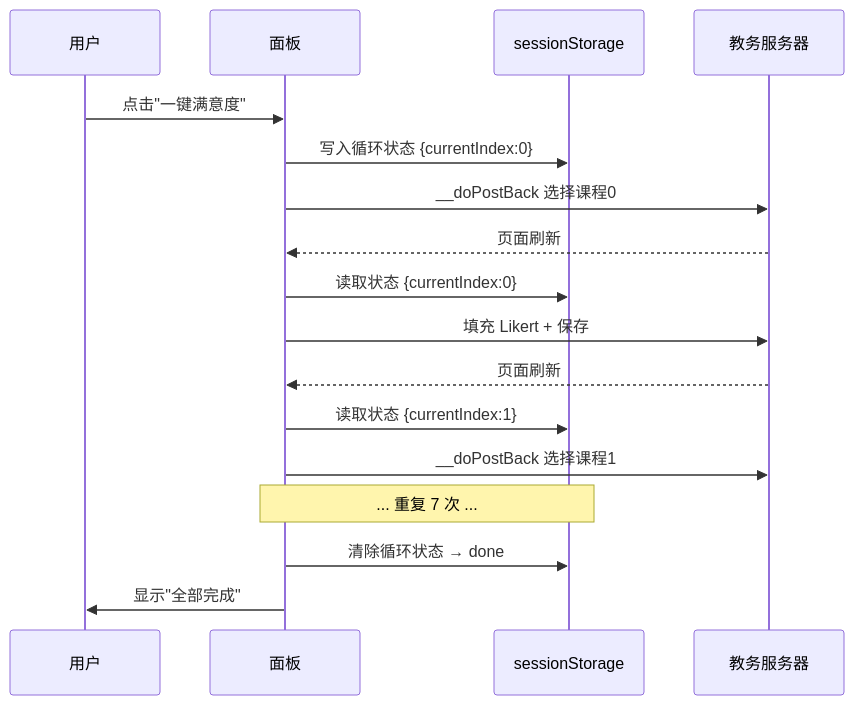
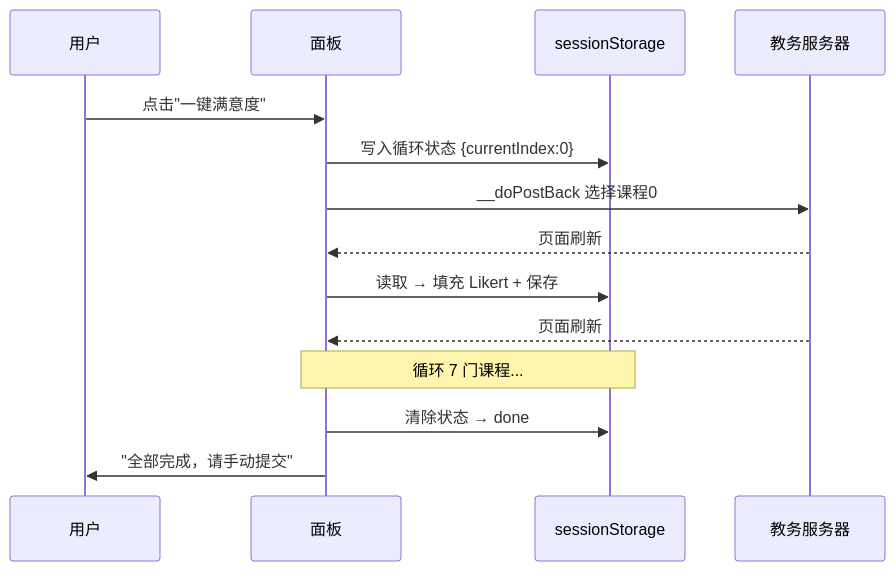
The first of 2 diagrams in README.md (hicancan/njupt-jwxt-assistant), drawn with Mermaid before and after one commit. The commit also changed other lines of this file and 15 other files, not shown here.

````diff
--- a/README.md
+++ b/README.md
@@ -95,20 +26,17 @@
 ```mermaid
 sequenceDiagram
     participant U as 用户
     participant P as 面板
     participant S as sessionStorage
     participant J as 教务服务器
 
     U->>P: 点击"一键满意度"
     P->>S: 写入循环状态 {currentIndex:0}
     P->>J: __doPostBack 选择课程0
     J-->>P: 页面刷新
-    P->>S: 读取状态 {currentIndex:0}
-    P->>J: 填充 Likert + 保存
+    P->>S: 读取 → 填充 Likert + 保存
     J-->>P: 页面刷新
-    P->>S: 读取状态 {currentIndex:1}
-    P->>J: __doPostBack 选择课程1
-    Note over P,S: ... 重复 7 次 ...
-    P->>S: 清除循环状态 → done
-    P->>U: 显示"全部完成"
+    Note over P,S: 循环 7 门课程...
+    P->>S: 清除状态 → done
+    P->>U: "全部完成，请手动提交"
 ```
````
